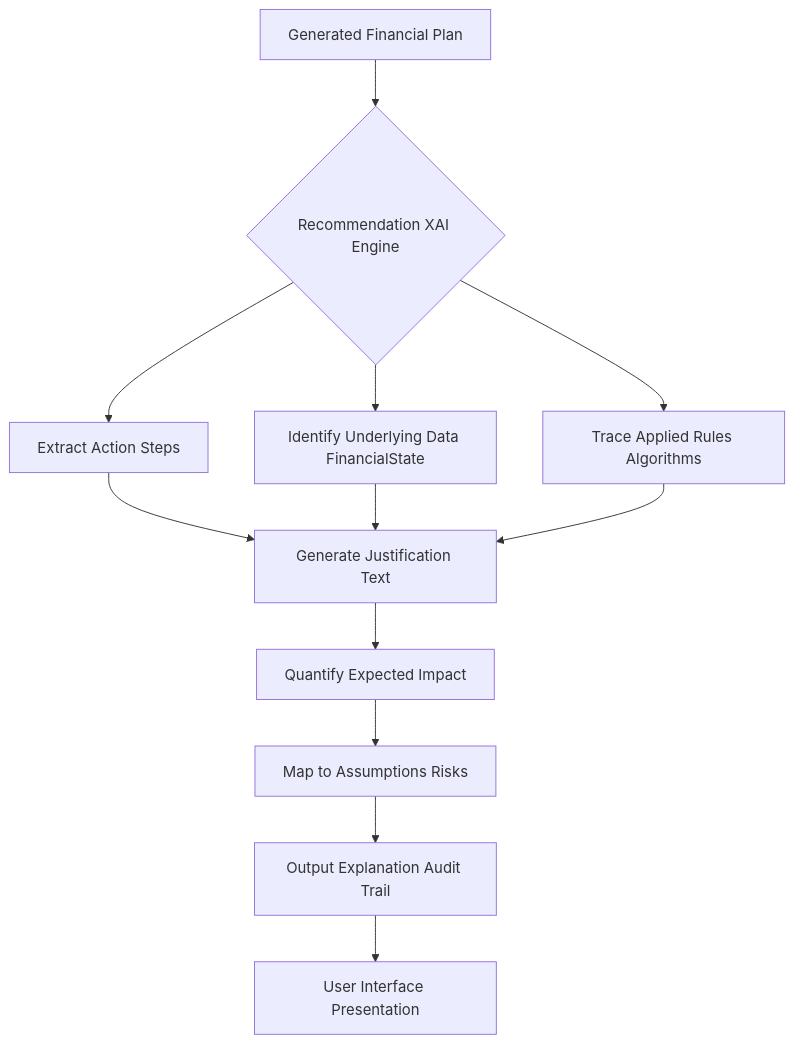
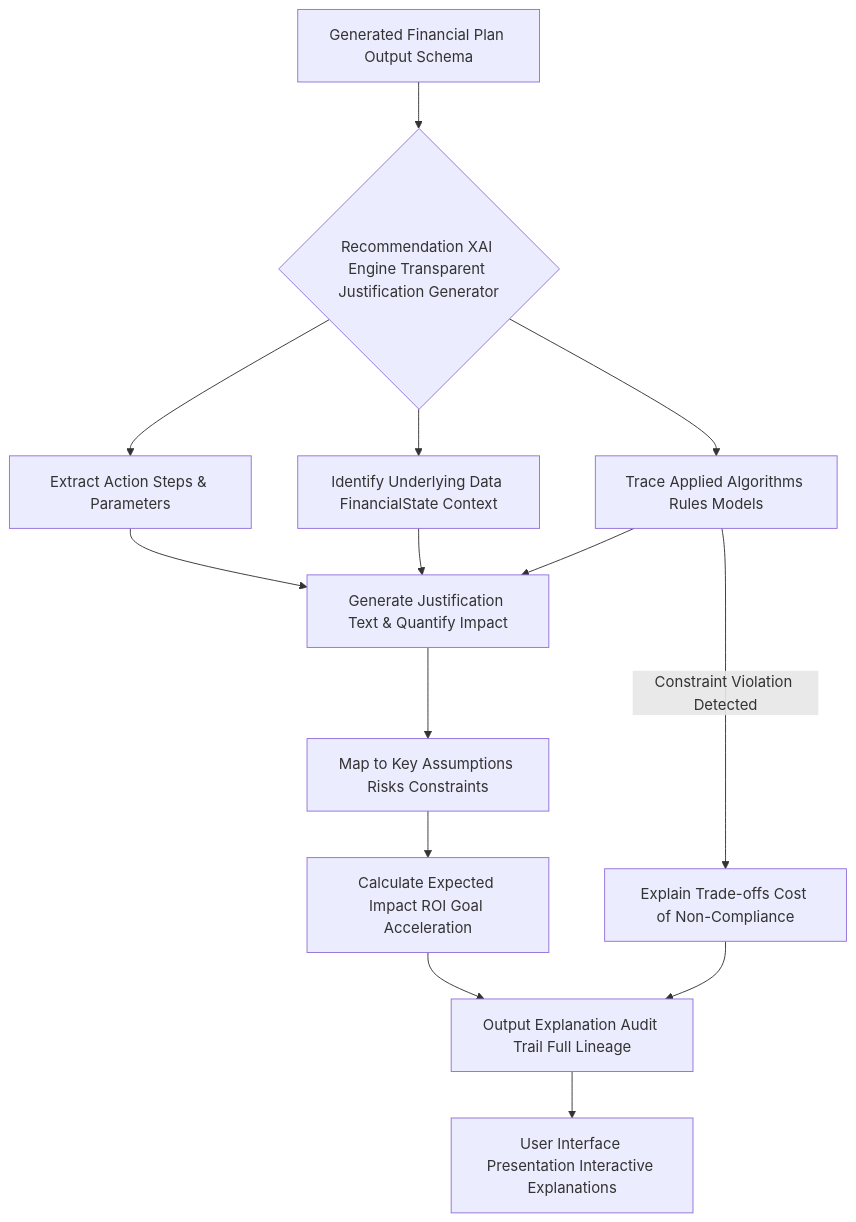
Before and after one commit to diplomat-bit/Citibank_Demo_Business_Inc_Demonstration-: the tenth of 12 diagrams in inventions/004_ai_financial_plan_for_goals/generative_ai_prompt_template.md, drawn with Mermaid. The commit also changed other lines of this file, not shown here.

Commit message:
[AI Bulk Edit] Applied instruction: "you need to expand the inventions exponentially I ..."

````diff
--- a/inventions/004_ai_financial_plan_for_goals/generative_ai_prompt_template.md
+++ b/inventions/004_ai_financial_plan_for_goals/generative_ai_prompt_template.md
@@ -556,12 +1051,14 @@
 ```mermaid
 graph TD
-    A[Generated Financial Plan] --> B{Recommendation XAI Engine}
-    B --> C[Extract Action Steps]
-    B --> D[Identify Underlying Data FinancialState]
-    B --> E[Trace Applied Rules Algorithms]
-    C & D & E --> F[Generate Justification Text]
-    F --> G[Quantify Expected Impact]
-    G --> H[Map to Assumptions Risks]
-    H --> I[Output Explanation Audit Trail]
-    I --> J[User Interface Presentation]
+    A[Generated Financial Plan Output Schema] --> B{Recommendation XAI Engine Transparent Justification Generator}
+    B --> C[Extract Action Steps & Parameters]
+    B --> D[Identify Underlying Data FinancialState Context]
+    B --> E[Trace Applied Algorithms Rules Models]
+    C & D & E --> F[Generate Justification Text & Quantify Impact]
+    F --> G[Map to Key Assumptions Risks Constraints]
+    G --> H[Calculate Expected Impact ROI Goal Acceleration]
+    H --> I[Output Explanation Audit Trail Full Lineage]
+    I --> J[User Interface Presentation Interactive Explanations]
+    E -- Constraint Violation Detected --> K[Explain Trade-offs Cost of Non-Compliance]
+    K --> I
 ```
````
